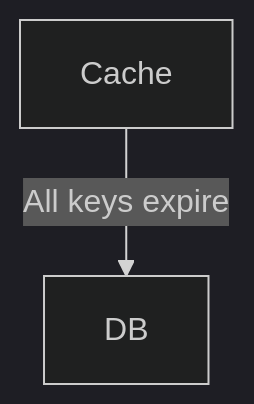
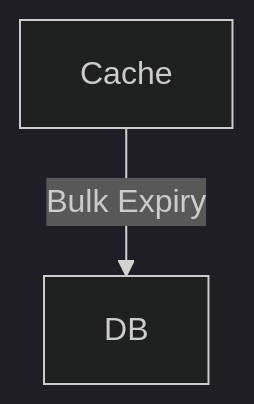
The ninth of 10 diagrams in HLD/Concepts/Caching/readme.md (spandit230496/design_pattern), drawn with Mermaid (dark theme) before and after one commit. The commit also changed other lines of this file, not shown here.

Commit message:
add:cache design

````diff
--- a/HLD/Concepts/Caching/readme.md
+++ b/HLD/Concepts/Caching/readme.md
@@ -174,4 +289,4 @@
 ```mermaid
 graph TD
-    Cache -->|All keys expire| DB
+    Cache -->|Bulk Expiry| DB
 ```
````
